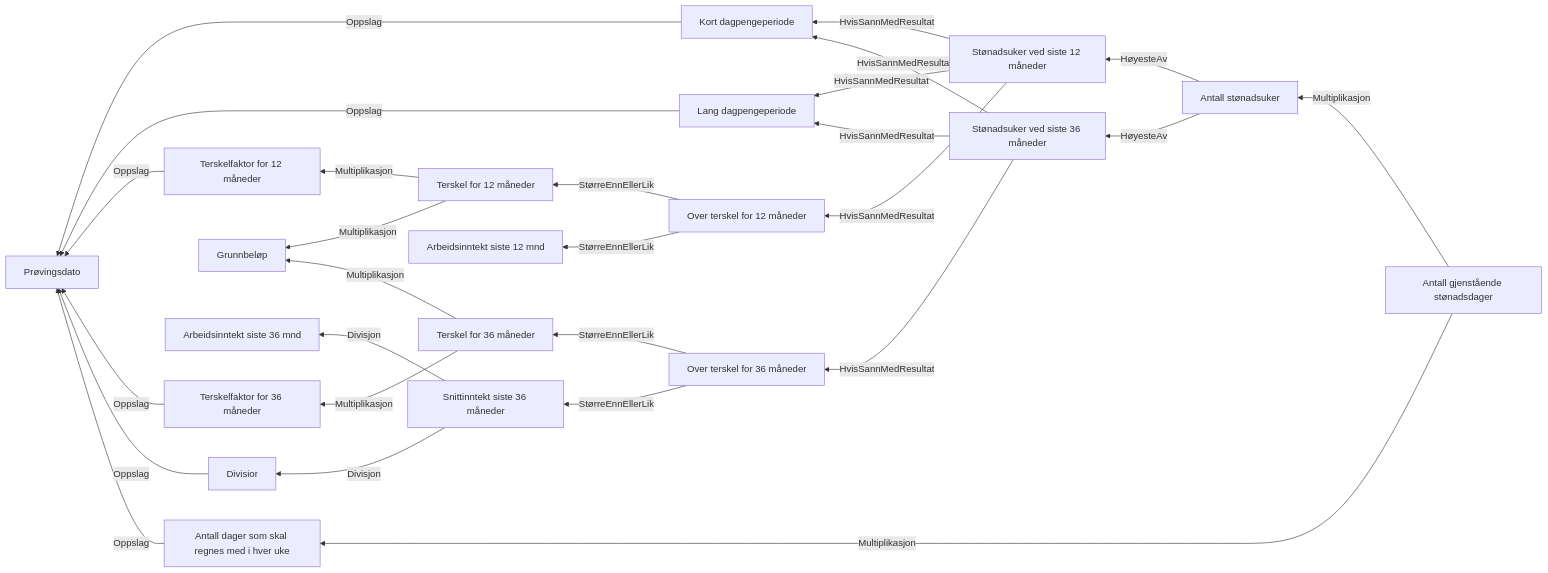
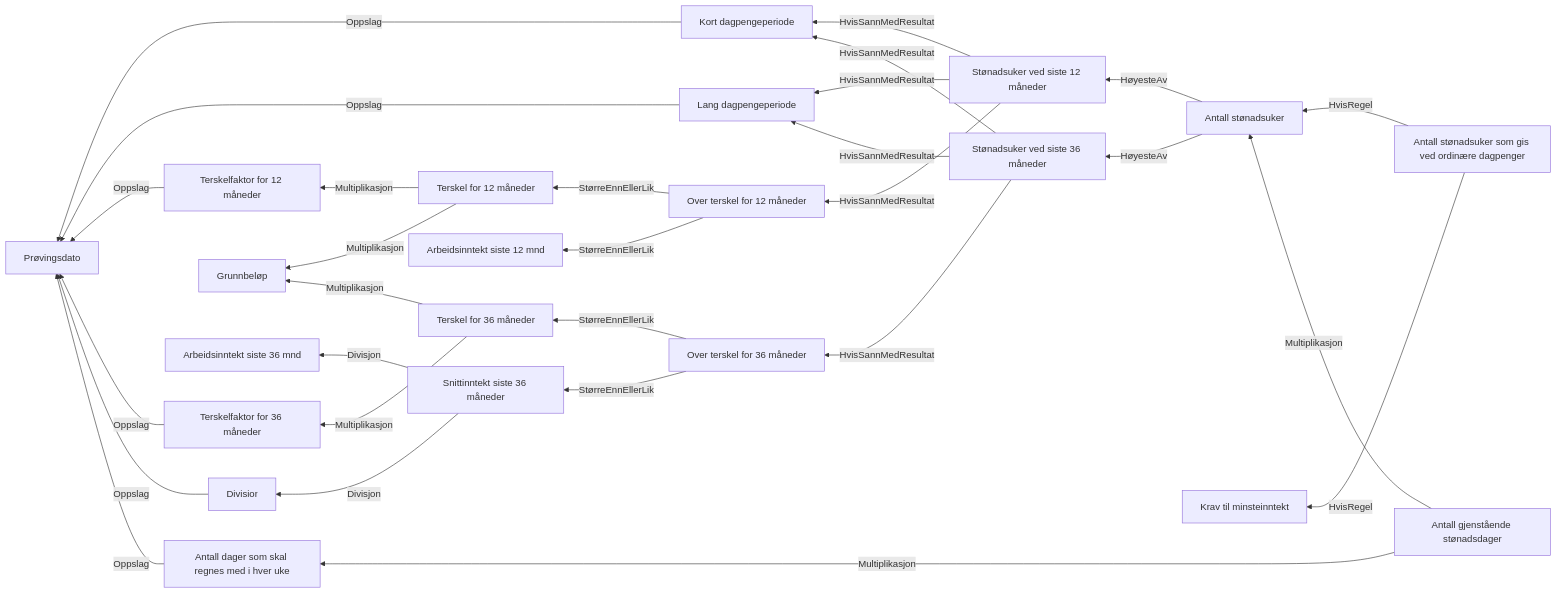
The diagram in docs/regler/§ 4-15 Antall stønadsuker, stønadsperiode.approved.md (navikt/dp-vedtak), drawn with Mermaid before and after one commit. The commit also changed other lines of this file and 19 other files, not shown here.

````diff
--- a/docs/regler/§ 4-15 Antall stønadsuker, stønadsperiode.approved.md
+++ b/docs/regler/§ 4-15 Antall stønadsuker, stønadsperiode.approved.md
@@ -5,29 +5,31 @@
 ```mermaid
 graph RL
   A["Kort dagpengeperiode"] -->|"Oppslag"| B["Prøvingsdato"]
   C["Lang dagpengeperiode"] -->|"Oppslag"| B["Prøvingsdato"]
   D["Terskelfaktor for 12 måneder"] -->|"Oppslag"| B["Prøvingsdato"]
   E["Terskelfaktor for 36 måneder"] -->|"Oppslag"| B["Prøvingsdato"]
   F["Divisior"] -->|"Oppslag"| B["Prøvingsdato"]
   G["Terskel for 12 måneder"] -->|"Multiplikasjon"| H["Grunnbeløp"]
   G["Terskel for 12 måneder"] -->|"Multiplikasjon"| D["Terskelfaktor for 12 måneder"]
   I["Terskel for 36 måneder"] -->|"Multiplikasjon"| H["Grunnbeløp"]
   I["Terskel for 36 måneder"] -->|"Multiplikasjon"| E["Terskelfaktor for 36 måneder"]
   J["Snittinntekt siste 36 måneder"] -->|"Divisjon"| K["Arbeidsinntekt siste 36 mnd"]
   J["Snittinntekt siste 36 måneder"] -->|"Divisjon"| F["Divisior"]
   L["Over terskel for 12 måneder"] -->|"StørreEnnEllerLik"| M["Arbeidsinntekt siste 12 mnd"]
   L["Over terskel for 12 måneder"] -->|"StørreEnnEllerLik"| G["Terskel for 12 måneder"]
   N["Over terskel for 36 måneder"] -->|"StørreEnnEllerLik"| J["Snittinntekt siste 36 måneder"]
   N["Over terskel for 36 måneder"] -->|"StørreEnnEllerLik"| I["Terskel for 36 måneder"]
   O["Stønadsuker ved siste 12 måneder"] -->|"HvisSannMedResultat"| L["Over terskel for 12 måneder"]
   O["Stønadsuker ved siste 12 måneder"] -->|"HvisSannMedResultat"| C["Lang dagpengeperiode"]
   O["Stønadsuker ved siste 12 måneder"] -->|"HvisSannMedResultat"| A["Kort dagpengeperiode"]
   P["Stønadsuker ved siste 36 måneder"] -->|"HvisSannMedResultat"| N["Over terskel for 36 måneder"]
   P["Stønadsuker ved siste 36 måneder"] -->|"HvisSannMedResultat"| C["Lang dagpengeperiode"]
   P["Stønadsuker ved siste 36 måneder"] -->|"HvisSannMedResultat"| A["Kort dagpengeperiode"]
   Q["Antall stønadsuker"] -->|"HøyesteAv"| O["Stønadsuker ved siste 12 måneder"]
   Q["Antall stønadsuker"] -->|"HøyesteAv"| P["Stønadsuker ved siste 36 måneder"]
-  R["Antall dager som skal regnes med i hver uke"] -->|"Oppslag"| B["Prøvingsdato"]
-  S["Antall gjenstående stønadsdager"] -->|"Multiplikasjon"| Q["Antall stønadsuker"]
-  S["Antall gjenstående stønadsdager"] -->|"Multiplikasjon"| R["Antall dager som skal regnes med i hver uke"]
+  R["Antall stønadsuker som gis ved ordinære dagpenger"] -->|"HvisRegel"| S["Krav til minsteinntekt"]
+  R["Antall stønadsuker som gis ved ordinære dagpenger"] -->|"HvisRegel"| Q["Antall stønadsuker"]
+  T["Antall dager som skal regnes med i hver uke"] -->|"Oppslag"| B["Prøvingsdato"]
+  U["Antall gjenstående stønadsdager"] -->|"Multiplikasjon"| Q["Antall stønadsuker"]
+  U["Antall gjenstående stønadsdager"] -->|"Multiplikasjon"| T["Antall dager som skal regnes med i hver uke"]
 ```
````
